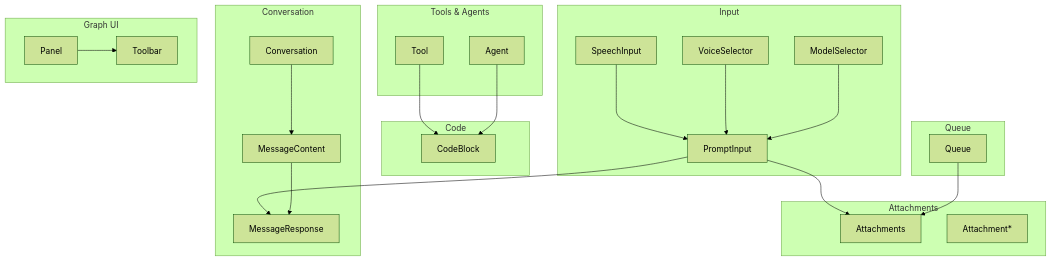
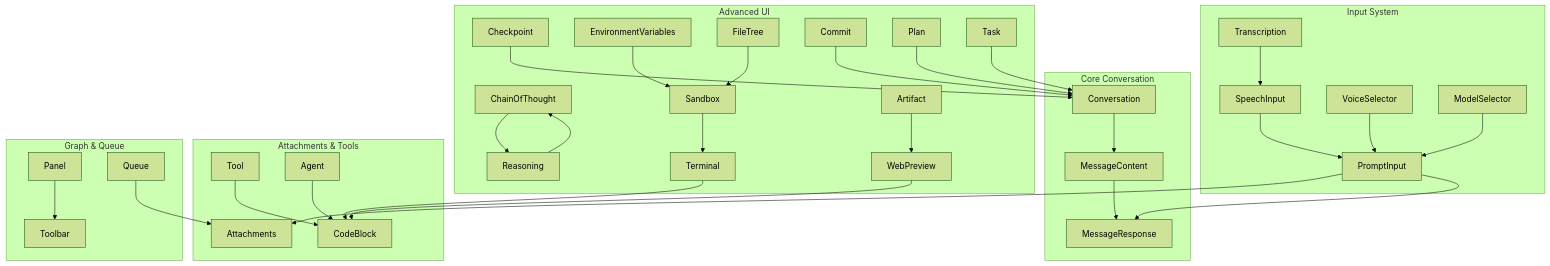
The first of 8 diagrams in .qoder/repowiki/en/content/AI Integration/AI Elements Interface.md (MudassarAbrar/FreshRoute-Ai), drawn with Mermaid (forest theme) before and after one commit. The commit also changed other lines of this file and 105 other files, not shown here.

````diff
--- a/.qoder/repowiki/en/content/AI Integration/AI Elements Interface.md
+++ b/.qoder/repowiki/en/content/AI Integration/AI Elements Interface.md
@@ -45,43 +78,64 @@
 ```mermaid
 graph TB
-subgraph "Conversation"
+subgraph "Core Conversation"
 C["Conversation"]
 MC["MessageContent"]
 MR["MessageResponse"]
 end
-subgraph "Input"
+subgraph "Input System"
 PI["PromptInput"]
 SI["SpeechInput"]
 VS["VoiceSelector"]
 MS["ModelSelector"]
+TR["Transcription"]
 end
-subgraph "Attachments"
+subgraph "Advanced UI"
+TERM["Terminal"]
+WP["WebPreview"]
+CT["ChainOfThought"]
+CK["Checkpoint"]
+EV["EnvironmentVariables"]
+SB["Sandbox"]
+FT["FileTree"]
+REASON["Reasoning"]
+ART["Artifact"]
+COMMIT["Commit"]
+PLAN["Plan"]
+TASK["Task"]
+end
+subgraph "Attachments & Tools"
 ATT["Attachments"]
-AB["Attachment*"]
-end
-subgraph "Tools & Agents"
 TOOL["Tool"]
 AGENT["Agent"]
-end
-subgraph "Code"
 CB["CodeBlock"]
 end
-subgraph "Graph UI"
+subgraph "Graph & Queue"
 PNL["Panel"]
 TLR["Toolbar"]
-end
-subgraph "Queue"
 Q["Queue"]
 end
 PI --> ATT
 PI --> MR
 SI --> PI
 VS --> PI
 MS --> PI
+TR --> SI
 C --> MC
 MC --> MR
 TOOL --> CB
 AGENT --> CB
+TERM --> CB
+WP --> CB
+CT --> REASON
+CK --> C
+EV --> SB
+SB --> TERM
+FT --> SB
+REASON --> CT
+ART --> WP
+COMMIT --> C
+PLAN --> C
+TASK --> C
 PNL --> TLR
 Q --> ATT
 ```
````
